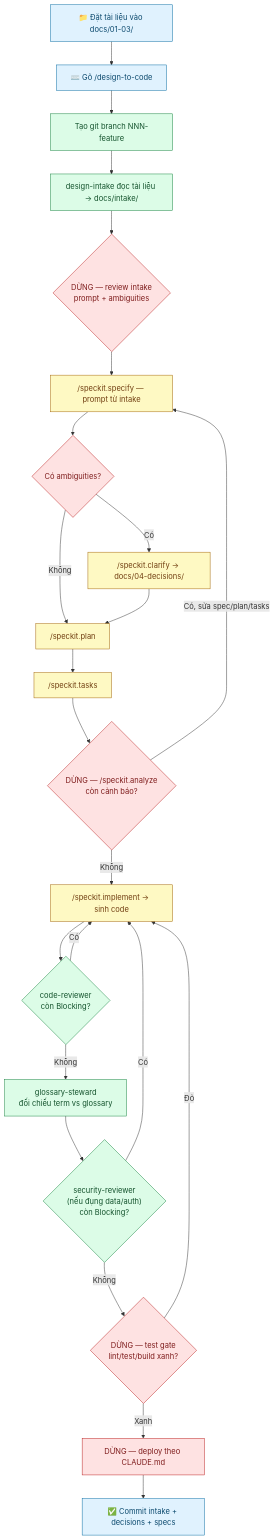
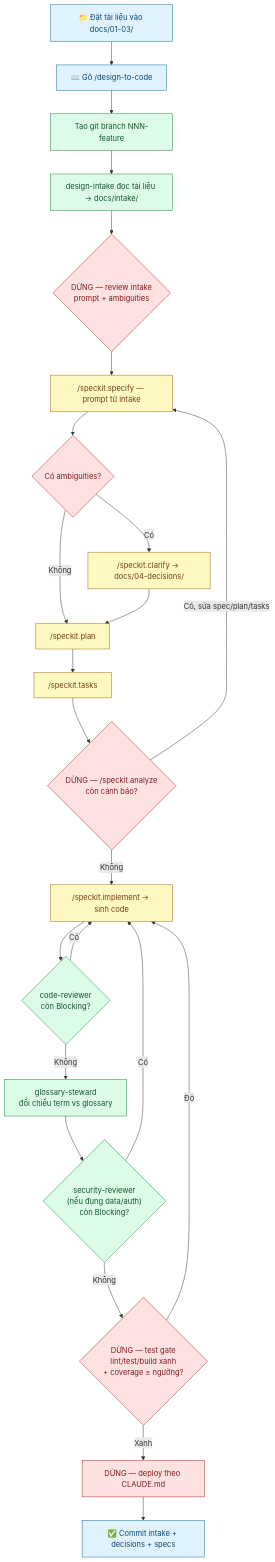
The diagram in README.md (hoanghainh1188/spec-driven-jp), drawn with Mermaid before and after one commit. The commit also changed other lines of this file and 4 other files, not shown here.

First line of the commit message:
feat: define test coverage standard (Article W, default 80%)

````diff
--- a/README.md
+++ b/README.md
@@ -95,30 +95,30 @@
 ```mermaid
 flowchart TD
     A["📁 Đặt tài liệu vào docs/01-03/"]:::user --> B["⌨️ Gõ /design-to-code"]:::user
     B --> C["Tạo git branch NNN-feature"]:::auto
     C --> D["design-intake đọc tài liệu → docs/intake/"]:::auto
     D --> E{"DỪNG — review intake<br/>prompt + ambiguities"}:::stop
     E --> F["/speckit.specify — prompt từ intake"]:::handoff
     F --> G{"Có ambiguities?"}:::stop
     G -- Có --> H["/speckit.clarify → docs/04-decisions/"]:::handoff
     G -- Không --> I["/speckit.plan"]:::handoff
     H --> I
     I --> J["/speckit.tasks"]:::handoff
     J --> K{"DỪNG — /speckit.analyze<br/>còn cảnh báo?"}:::stop
     K -- Có, sửa spec/plan/tasks --> F
     K -- Không --> L["/speckit.implement → sinh code"]:::handoff
     L --> M{"code-reviewer<br/>còn Blocking?"}:::auto
     M -- Có --> L
     M -- Không --> Q["glossary-steward<br/>đối chiếu term vs glossary"]:::auto
     Q --> R{"security-reviewer<br/>(nếu đụng data/auth)<br/>còn Blocking?"}:::auto
     R -- Có --> L
-    R -- Không --> N{"DỪNG — test gate<br/>lint/test/build xanh?"}:::stop
+    R -- Không --> N{"DỪNG — test gate<br/>lint/test/build xanh<br/>+ coverage ≥ ngưỡng?"}:::stop
     N -- Đỏ --> L
     N -- Xanh --> O["DỪNG — deploy theo CLAUDE.md"]:::stop
     O --> P["✅ Commit intake + decisions + specs"]:::user
 
     classDef user fill:#e0f2fe,stroke:#0369a1,color:#0c4a6e
     classDef auto fill:#dcfce7,stroke:#15803d,color:#14532d
     classDef handoff fill:#fef9c3,stroke:#a16207,color:#713f12
     classDef stop fill:#fee2e2,stroke:#b91c1c,color:#7f1d1d
 ```
````
